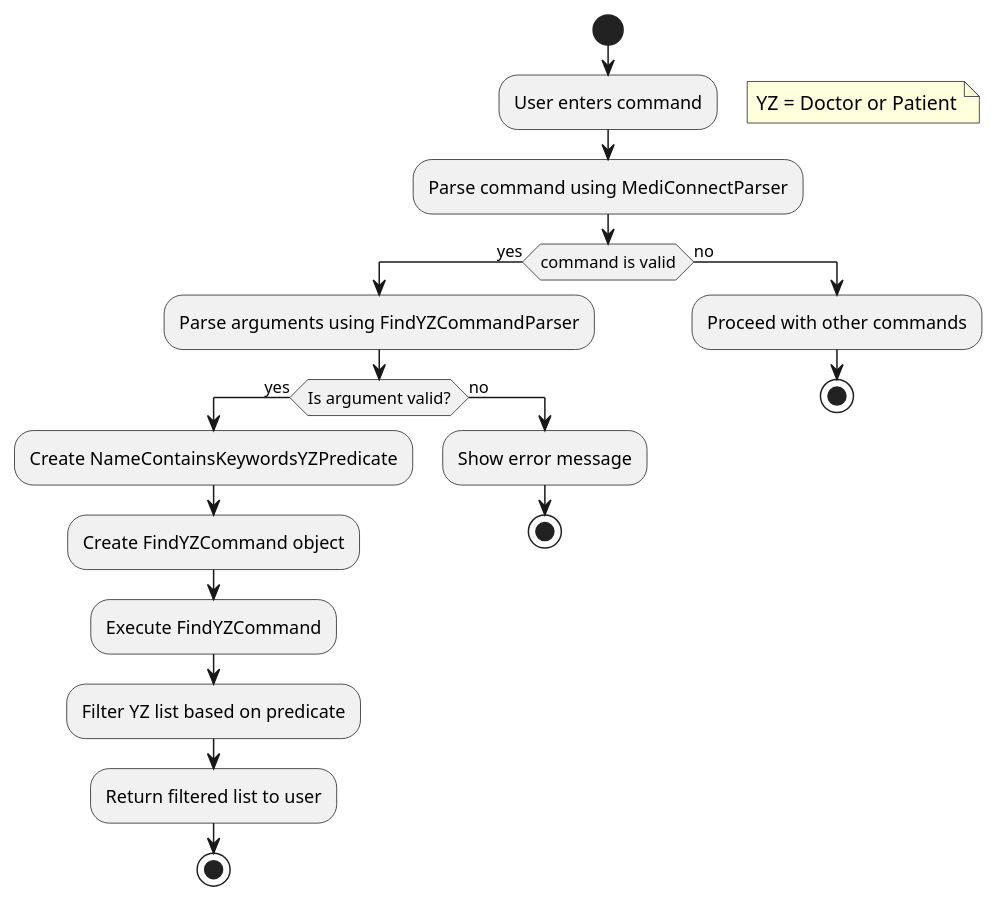
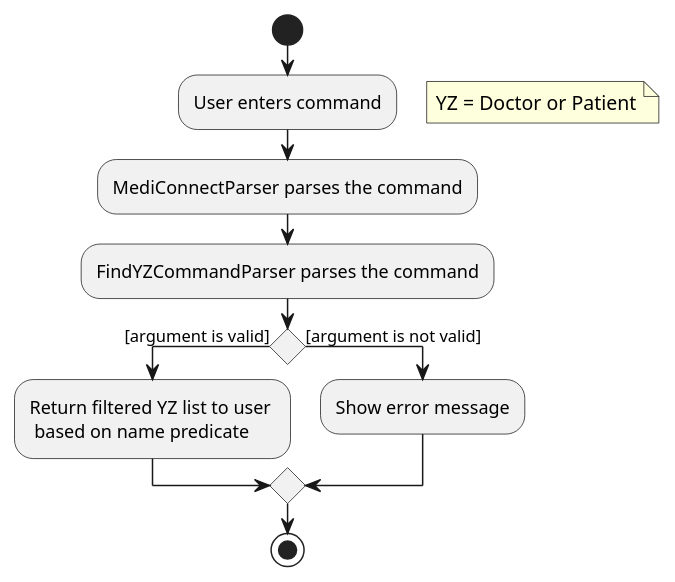
Before and after one commit to yanghengtang/tp: the diagram in docs/diagrams/commands/FindCommandActivityDiagram.puml, drawn with PlantUML. The commit also changed 3 other files, not shown here.

Commit message:
Update Find/List Doctor/Patient Command Activity Diagram

```diff
--- a/docs/diagrams/commands/FindCommandActivityDiagram.puml
+++ b/docs/diagrams/commands/FindCommandActivityDiagram.puml
@@ -1,25 +1,15 @@
 @startuml
 start
 :User enters command;
 floating note right
     YZ = Doctor or Patient
 endnote
-:Parse command using MediConnectParser;
-if (command is valid) then (yes)
-    :Parse arguments using FindYZCommandParser;
-    if (Is argument valid?) then (yes)
-        :Create NameContainsKeywordsYZPredicate;
-        :Create FindYZCommand object;
-        :Execute FindYZCommand;
-        :Filter YZ list based on predicate;
-        :Return filtered list to user;
-        stop
-    else (no)
-        :Show error message;
-        stop
-    endif
-else (no)
-    :Proceed with other commands;
-    stop
+:MediConnectParser parses the command;
+:FindYZCommandParser parses the command;
+if () then ([argument is valid])
+    :Return filtered YZ list to user \n based on name predicate;
+else ([argument is not valid])
+    :Show error message;
 endif
+stop
 @enduml
```
